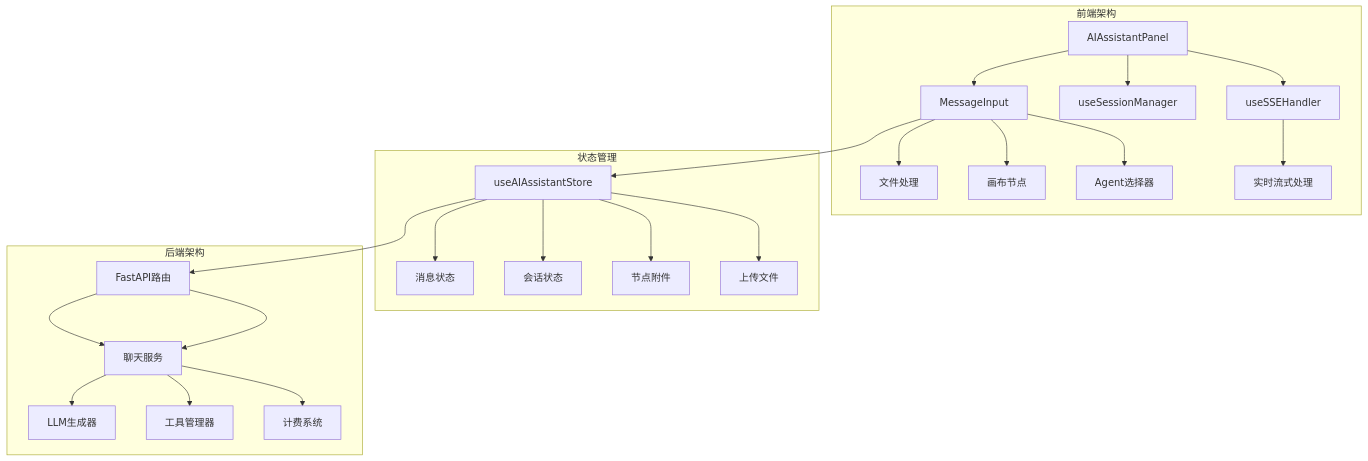
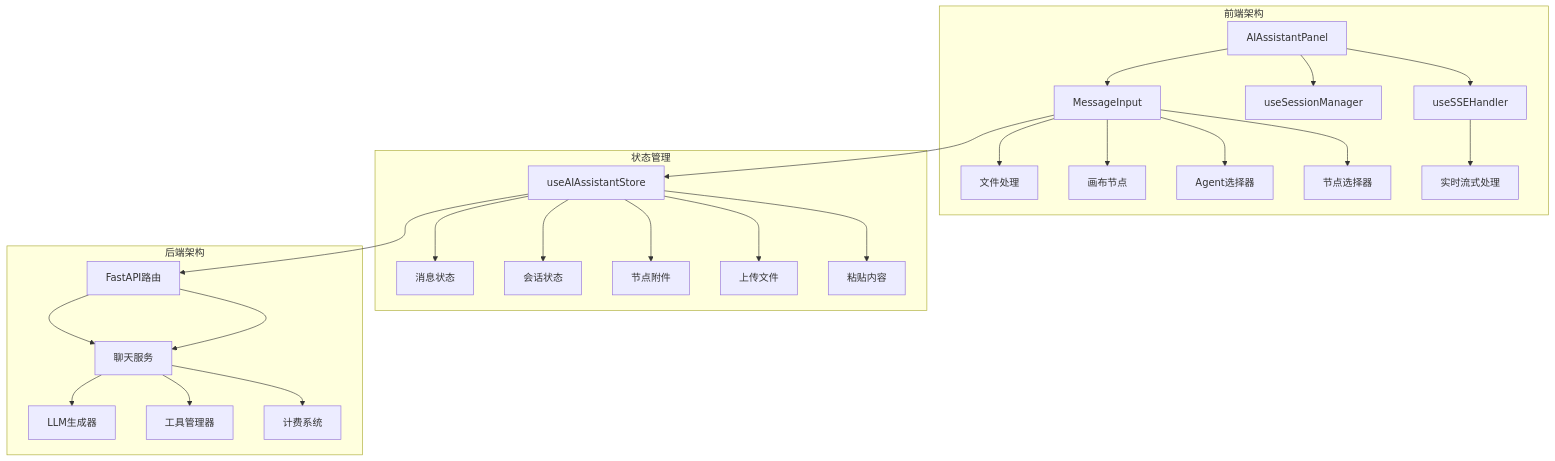
Before and after one commit to KunLabAI/KunFlix: the first of 12 diagrams in .qoder/repowiki/zh/content/前端组件系统/AI助手组件/输入组件/增强的消息输入组件.md, drawn with Mermaid. The commit also changed other lines of this file and 12 other files, not shown here.

````diff
--- a/.qoder/repowiki/zh/content/前端组件系统/AI助手组件/输入组件/增强的消息输入组件.md
+++ b/.qoder/repowiki/zh/content/前端组件系统/AI助手组件/输入组件/增强的消息输入组件.md
@@ -43,27 +51,29 @@
 ```mermaid
 graph TB
 subgraph "前端架构"
 A[AIAssistantPanel] --> B[MessageInput]
 A --> C[useSessionManager]
 A --> D[useSSEHandler]
 B --> E[文件处理]
 B --> F[画布节点]
 B --> G[Agent选择器]
-D --> H[实时流式处理]
+B --> H[节点选择器]
+D --> I[实时流式处理]
 end
 subgraph "状态管理"
-I[useAIAssistantStore] --> J[消息状态]
-I --> K[会话状态]
-I --> L[节点附件]
-I --> M[上传文件]
+J[useAIAssistantStore] --> K[消息状态]
+J --> L[会话状态]
+J --> M[节点附件]
+J --> N[上传文件]
+J --> O[粘贴内容]
 end
 subgraph "后端架构"
-N[FastAPI路由] --> O[聊天服务]
-O --> P[LLM生成器]
-O --> Q[工具管理器]
-O --> R[计费系统]
+P[FastAPI路由] --> Q[聊天服务]
+Q --> R[LLM生成器]
+Q --> S[工具管理器]
+Q --> T[计费系统]
 end
-B --> I
-I --> N
-N --> O
+B --> J
+J --> P
+P --> Q
 ```
````
